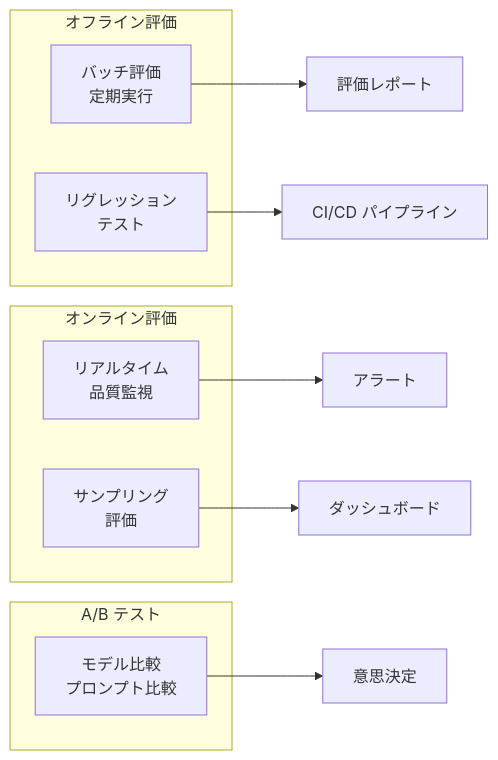
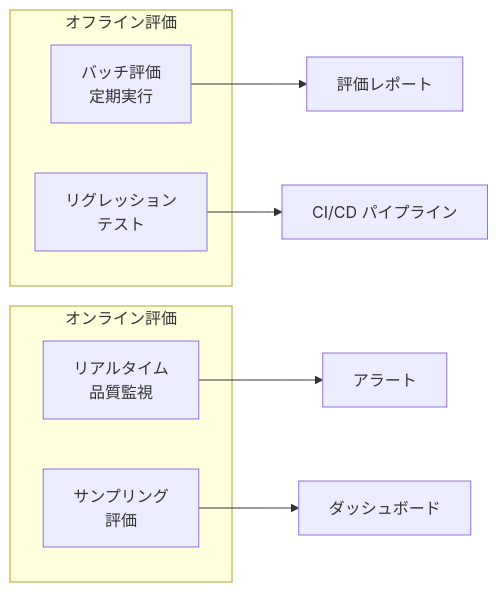
One commit to yaggytter/agentcore-multi-tenant-handson changed the second of 2 diagrams in docs/10-evaluation.md. Above: the diagram before and after it, drawn with Mermaid. The commit also changed other lines of this file and 49 other files, not shown here.

````diff
--- a/docs/10-evaluation.md
+++ b/docs/10-evaluation.md
@@ -75,22 +63,17 @@
 ```mermaid
 graph LR
     subgraph "オフライン評価"
         BATCH[バッチ評価<br/>定期実行]
         REGRESSION[リグレッション<br/>テスト]
     end
 
     subgraph "オンライン評価"
         REALTIME[リアルタイム<br/>品質監視]
         SAMPLING[サンプリング<br/>評価]
     end
 
-    subgraph "A/B テスト"
-        AB[モデル比較<br/>プロンプト比較]
-    end
-
     BATCH --> REPORT[評価レポート]
     REGRESSION --> CI[CI/CD パイプライン]
     REALTIME --> ALERT[アラート]
     SAMPLING --> DASHBOARD[ダッシュボード]
-    AB --> DECISION[意思決定]
 ```
````
